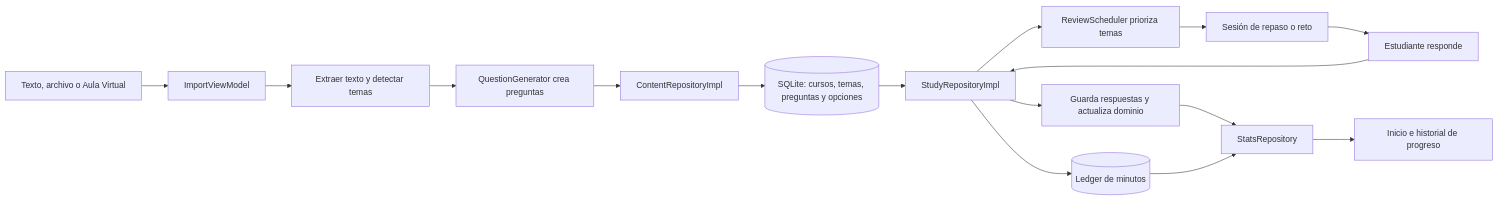
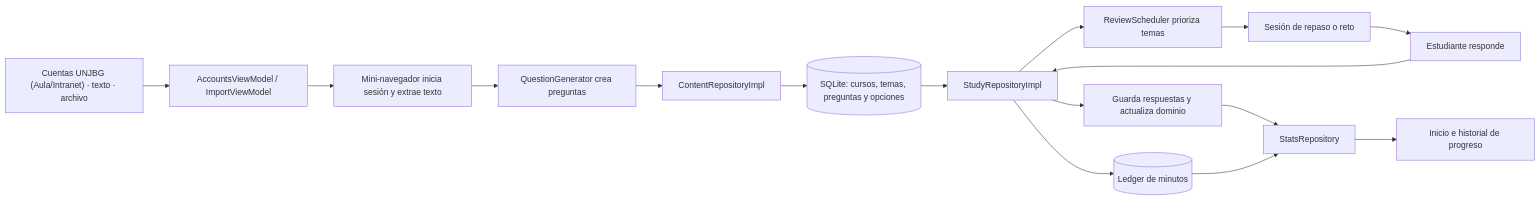
Before and after one commit to Focusergon/StudyLock: the third of 3 diagrams in README.md, drawn with Mermaid. The commit also changed other lines of this file and 28 other files, not shown here.

First line of the commit message:
feat(accounts): cuentas UNJBG con mini-navegador para login y arbol de contenido

````diff
--- a/README.md
+++ b/README.md
@@ -390,19 +402,19 @@
 ```mermaid
 flowchart LR
-    Sources["Texto, archivo o Aula Virtual"] --> ImportVM["ImportViewModel"]
-    ImportVM --> Extract["Extraer texto y detectar temas"]
+    Sources["Cuentas UNJBG (Aula/Intranet) · texto · archivo"] --> AccountsVM["AccountsViewModel / ImportViewModel"]
+    AccountsVM --> Extract["Mini-navegador inicia sesión y extrae texto"]
     Extract --> Generate["QuestionGenerator crea preguntas"]
     Generate --> ContentRepo["ContentRepositoryImpl"]
     ContentRepo --> DB[("SQLite: cursos, temas, preguntas y opciones")]
 
     DB --> StudyRepo["StudyRepositoryImpl"]
     StudyRepo --> Priorities["ReviewScheduler prioriza temas"]
     Priorities --> Questions["Sesión de repaso o reto"]
     Questions --> Student["Estudiante responde"]
     Student --> StudyRepo
     StudyRepo --> History["Guarda respuestas y actualiza dominio"]
     StudyRepo --> Ledger[("Ledger de minutos")]
     History --> Stats["StatsRepository"]
     Ledger --> Stats
     Stats --> Dashboard["Inicio e historial de progreso"]
 ```
````
